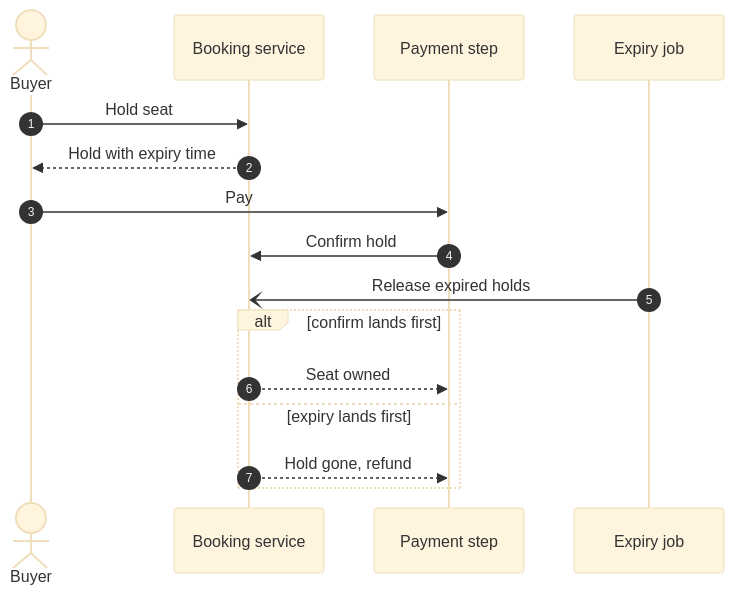
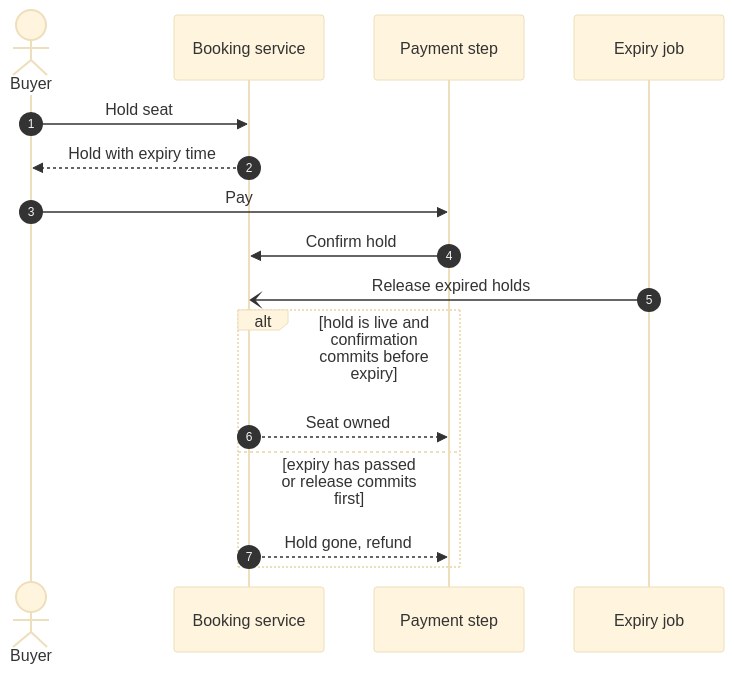
One commit to paulnsorensen/easy-cheese changed the first of 3 diagrams in skills/mold/evals/files/al-ticket-hold-pick/drafts.md. Above: the diagram before and after it, drawn with Mermaid (base theme). The commit also changed other lines of this file and 32 other files, not shown here.

First line of the commit message:
test(mold): make the altitude and diagram evals splittable and accurate

````diff
--- a/skills/mold/evals/files/al-ticket-hold-pick/drafts.md
+++ b/skills/mold/evals/files/al-ticket-hold-pick/drafts.md
@@ -9,18 +9,18 @@
 ```mermaid
 sequenceDiagram
   autonumber
   actor Buyer
   participant Booking as Booking service
   participant Pay as Payment step
   participant Expiry as Expiry job
   Buyer->>Booking: Hold seat
   Booking-->>Buyer: Hold with expiry time
   Buyer->>Pay: Pay
   Pay->>Booking: Confirm hold
   Expiry-)Booking: Release expired holds
-  alt confirm lands first
+  alt hold is live and confirmation commits before expiry
     Booking-->>Pay: Seat owned
-  else expiry lands first
+  else expiry has passed or release commits first
     Booking-->>Pay: Hold gone, refund
   end
 ```
````
